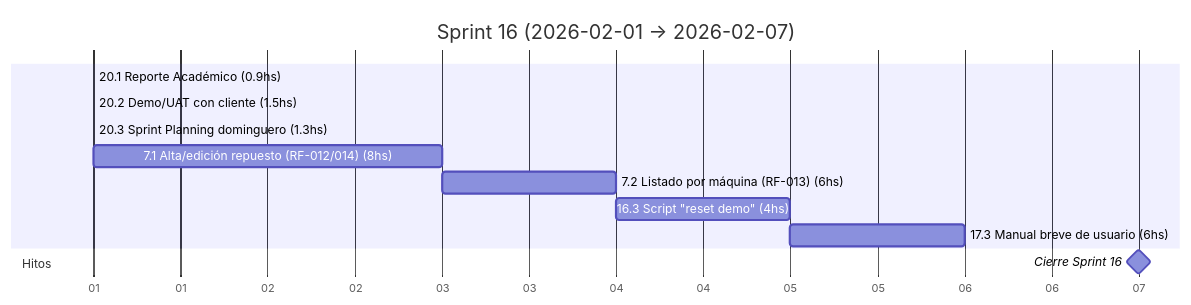
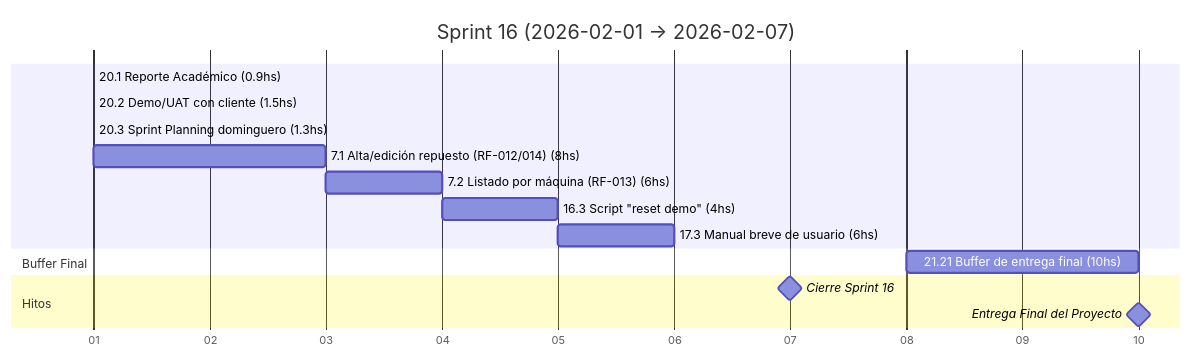
Diagram 17 of 18 in docs/SprintsGantts.md (MarkMed/FleetMan), drawn with Mermaid before and after one commit. The commit also changed other lines of this file, not shown here.

Commit message:
Add academic milestones and event schedule to Gantt chart documentation

````diff
--- a/docs/SprintsGantts.md
+++ b/docs/SprintsGantts.md
@@ -413,19 +415,23 @@
 ```mermaid
 gantt
   title Sprint 16 (2026-02-01 → 2026-02-07)
   dateFormat  YYYY-MM-DD
   axisFormat  %d
 
   %% Asumimos 5 h/día. Horas estimadas incluidas en el nombre.
 
   20.1 Reporte Académico (0.9hs)               :t201, 2026-02-01, 0.2d
   20.2 Demo/UAT con cliente (1.5hs)            :t202, after t201, 0.3d
   20.3 Sprint Planning dominguero (1.3hs)      :t203, after t202, 0.3d
   7.1 Alta/edición repuesto (RF-012/014) (8hs) :t71, after t203, 1.6d
   7.2 Listado por máquina (RF-013) (6hs)       :t72, after t71, 1.2d
   16.3 Script "reset demo" (4hs)               :t163, after t72, 0.8d
   17.3 Manual breve de usuario (6hs)           :t173, after t163, 1.2d
 
+  section Buffer Final
+  21.21 Buffer de entrega final (10hs)         :t2121, 2026-02-08, 2d
+
   section Hitos
   Cierre Sprint 16                             :milestone, s16, 2026-02-07, 0d
+  Entrega Final del Proyecto                    :milestone, acadfinal, 2026-02-10, 0d
 ```
````
